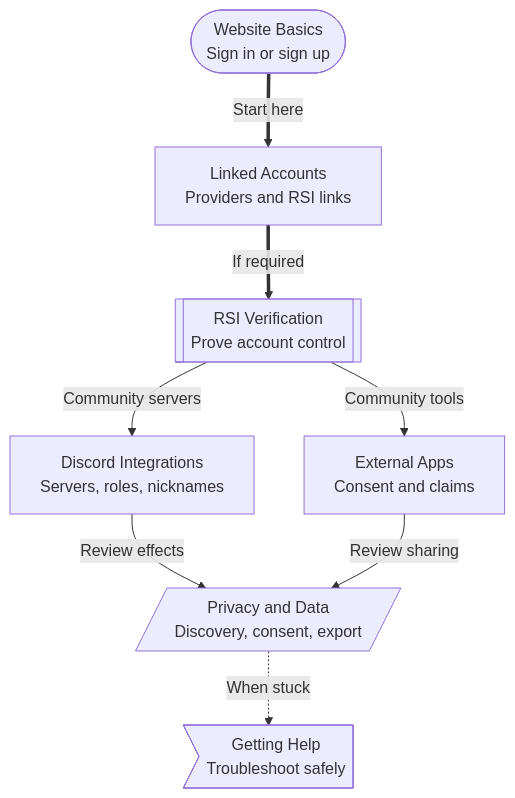
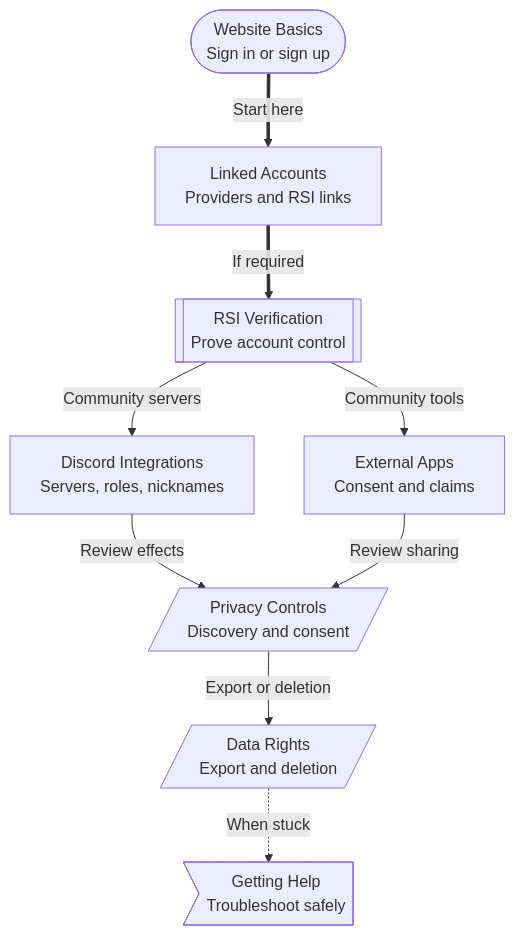
The diagram in docs/players/index.md (ArkanisCorporation/CitizenId-docs), drawn with Mermaid before and after one commit. The commit also changed 6 other files, not shown here.

Commit message:
fix: add support for in-diagram link handling

````diff
--- a/docs/players/index.md
+++ b/docs/players/index.md
@@ -17,24 +17,35 @@
 ```mermaid
 flowchart TD
   website(["Website Basics<br/>Sign in or sign up"])
   accounts["Linked Accounts<br/>Providers and RSI links"]
   rsi[["RSI Verification<br/>Prove account control"]]
   discord["Discord Integrations<br/>Servers, roles, nicknames"]
   apps["External Apps<br/>Consent and claims"]
-  privacy[/"Privacy and Data<br/>Discovery, consent, export"/]
+  privacy[/"Privacy Controls<br/>Discovery and consent"/]
+  dataRights[/Data Rights<br/>Export and deletion/]
   support>Getting Help<br/>Troubleshoot safely]
 
   website ==>|Start here| accounts
   accounts ==>|If required| rsi
   rsi -->|"Community servers"| discord
   rsi -->|"Community tools"| apps
   discord -->|"Review effects"| privacy
   apps -->|"Review sharing"| privacy
-  privacy -. "When stuck" .-> support
+  privacy -->|"Export or deletion"| dataRights
+  dataRights -. "When stuck" .-> support
 
   class website,discord,apps context;
   class accounts action;
   class rsi service;
-  class privacy data;
+  class privacy,dataRights data;
   class support caution;
+
+  click website "/players/website-basics" "Open Website Basics" _self
+  click accounts "/players/linked-accounts" "Open Linked Accounts" _self
+  click rsi "/players/rsi-verification" "Open RSI Verification" _self
+  click discord "/players/discord-integrations" "Open Discord Integrations" _self
+  click apps "/players/external-apps" "Open External Apps" _self
+  click privacy "/players/privacy-controls" "Open Privacy Controls" _self
+  click dataRights "/players/data-rights" "Open Data Rights" _self
+  click support "/players/getting-help" "Open Getting Help" _self
 ```
````
